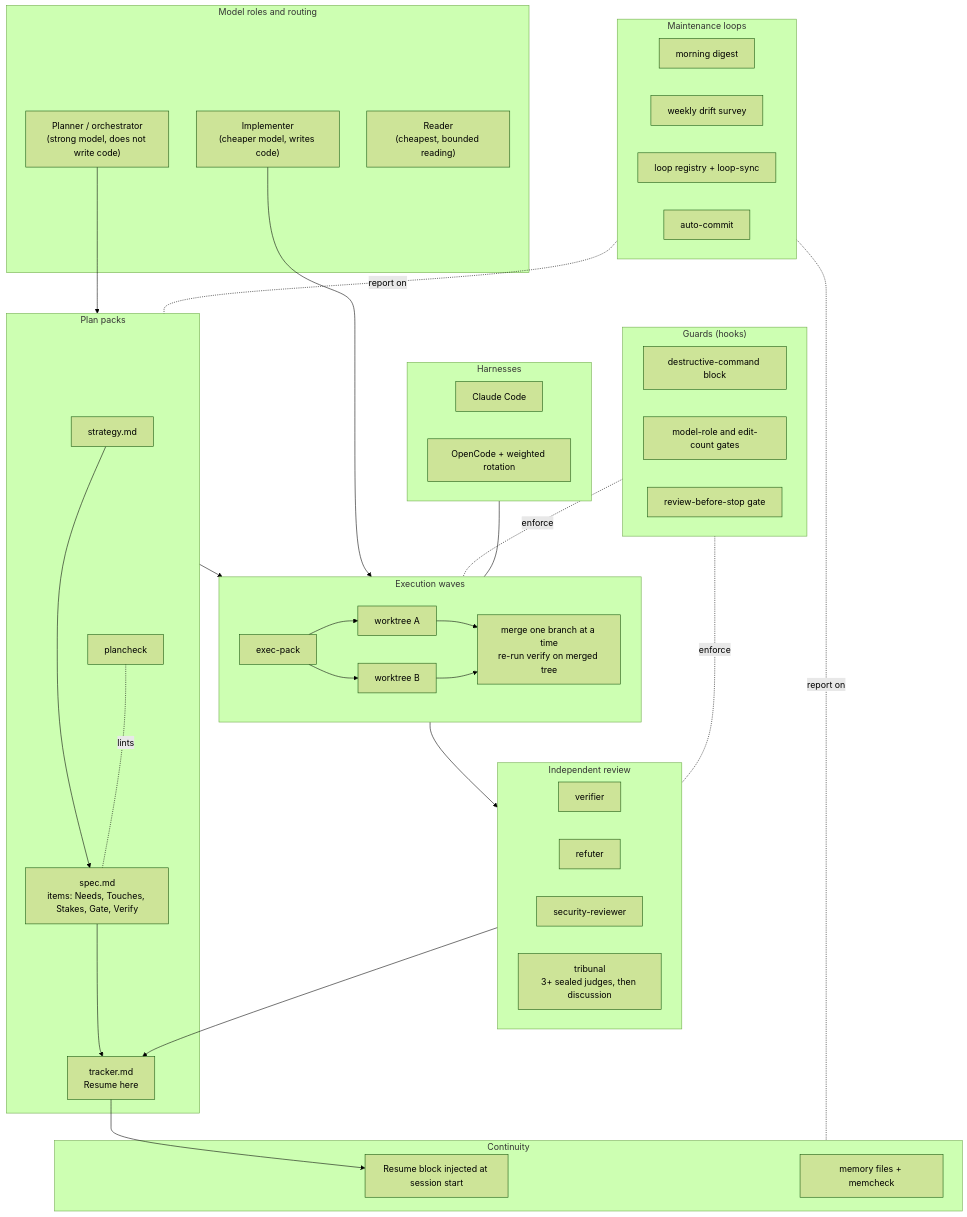
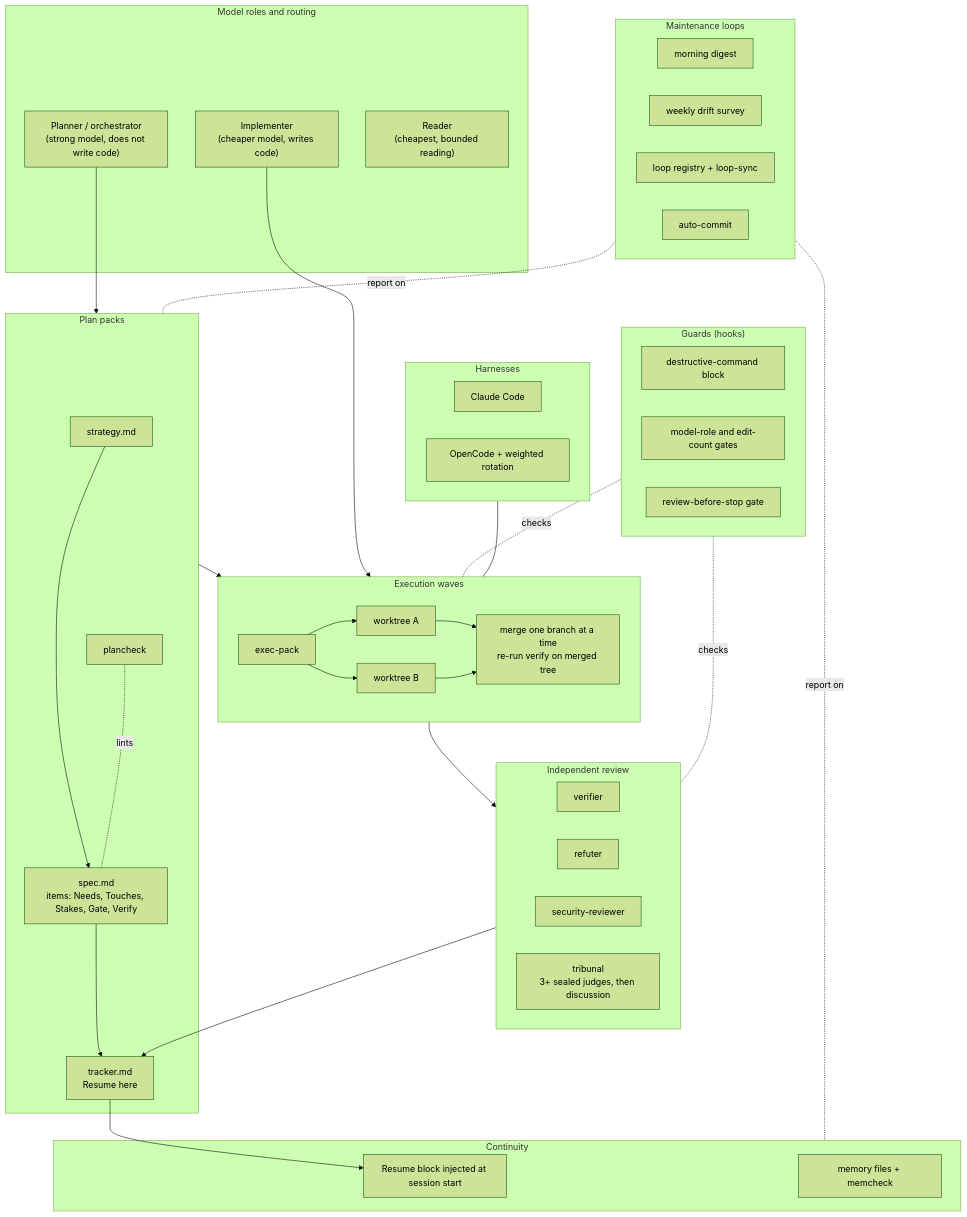
One commit to nik110403/ai-architecture changed the diagram in ARCHITECTURE.md. Above: the diagram before and after it, drawn with Mermaid (forest theme). The commit also changed other lines of this file and 17 other files, not shown here.

Commit message:
Publish AI Architecture Collection 0.4.1 preview

````diff
--- a/ARCHITECTURE.md
+++ b/ARCHITECTURE.md
@@ -7,54 +7,54 @@
 ```mermaid
 flowchart TB
   subgraph Roles["Model roles and routing"]
     PL["Planner / orchestrator<br/>(strong model, does not write code)"]
     IM["Implementer<br/>(cheaper model, writes code)"]
     RD["Reader<br/>(cheapest, bounded reading)"]
   end
   subgraph Plan["Plan packs"]
     ST["strategy.md"] --> SP["spec.md<br/>items: Needs, Touches, Stakes, Gate, Verify"] --> TR["tracker.md<br/>Resume here"]
     PC["plancheck"] -. lints .- SP
   end
   subgraph Exec["Execution waves"]
     EX["exec-pack"] --> WT1["worktree A"]
     EX --> WT2["worktree B"]
     WT1 --> MG["merge one branch at a time<br/>re-run verify on merged tree"]
     WT2 --> MG
   end
   subgraph Rev["Independent review"]
     VF["verifier"]
     RF["refuter"]
     SR["security-reviewer"]
     TB["tribunal<br/>3+ sealed judges, then discussion"]
   end
   subgraph Guard["Guards (hooks)"]
     G1["destructive-command block"]
     G2["model-role and edit-count gates"]
     G3["review-before-stop gate"]
   end
   subgraph Cont["Continuity"]
     RS["Resume block injected at session start"]
     MEM["memory files + memcheck"]
   end
   subgraph Harness["Harnesses"]
     CC["Claude Code"]
     OC["OpenCode + weighted rotation"]
   end
   subgraph Loops["Maintenance loops"]
     LM["morning digest"]
     LW["weekly drift survey"]
     LS["loop registry + loop-sync"]
     LA["auto-commit"]
   end
   PL --> Plan
   Plan --> Exec
   IM --> Exec
   Exec --> Rev
   Rev --> TR
   TR --> RS
-  Guard -. enforce .- Exec
-  Guard -. enforce .- Rev
+  Guard -. checks .- Exec
+  Guard -. checks .- Rev
   Harness --- Exec
   Loops -. report on .- Plan
   Loops -. report on .- Cont
 ```
````
